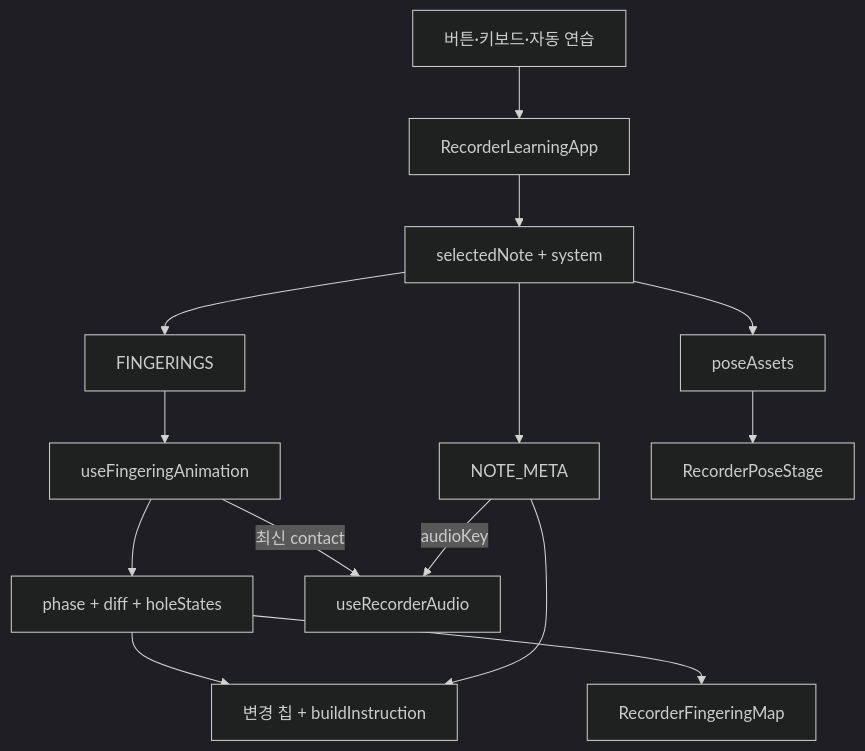
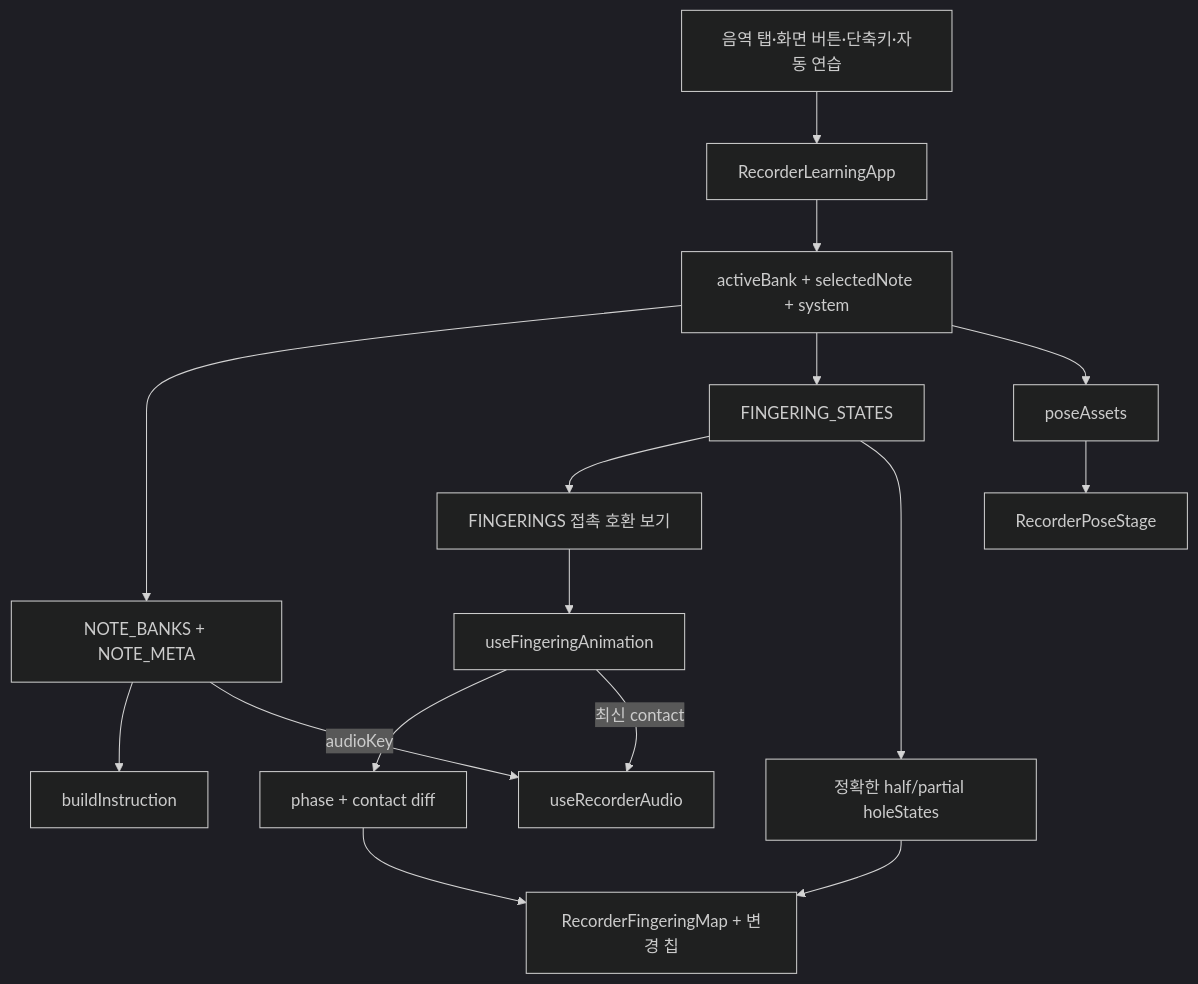
The diagram in docs/architecture.md (kimyounggaur/Recorder_Fingering_Edu), drawn with Mermaid (dark theme) before and after one commit. The commit also changed other lines of this file and 36 other files, not shown here.

Commit message:
feat: add high and chromatic fingering banks

````diff
--- a/docs/architecture.md
+++ b/docs/architecture.md
@@ -58,16 +83,18 @@
 ```mermaid
 flowchart TD
-  A["버튼·키보드·자동 연습"] --> B["RecorderLearningApp"]
-  B --> C["selectedNote + system"]
-  C --> D["NOTE_META"]
-  C --> E["FINGERINGS"]
-  C --> F["poseAssets"]
-  E --> G["useFingeringAnimation"]
-  G --> H["phase + diff + holeStates"]
-  F --> I["RecorderPoseStage"]
-  H --> J["RecorderFingeringMap"]
-  H --> K["변경 칩 + buildInstruction"]
-  D --> K
-  G -->|"최신 contact"| L["useRecorderAudio"]
-  D -->|"audioKey"| L
+  A["음역 탭·화면 버튼·단축키·자동 연습"] --> B["RecorderLearningApp"]
+  B --> C["activeBank + selectedNote + system"]
+  C --> D["NOTE_BANKS + NOTE_META"]
+  C --> E["FINGERING_STATES"]
+  E --> F["FINGERINGS 접촉 호환 보기"]
+  C --> G["poseAssets"]
+  F --> H["useFingeringAnimation"]
+  H --> I["phase + contact diff"]
+  E --> J["정확한 half/partial holeStates"]
+  G --> K["RecorderPoseStage"]
+  I --> L["RecorderFingeringMap + 변경 칩"]
+  J --> L
+  D --> M["buildInstruction"]
+  H -->|"최신 contact"| N["useRecorderAudio"]
+  D -->|"audioKey"| N
 ```
````
